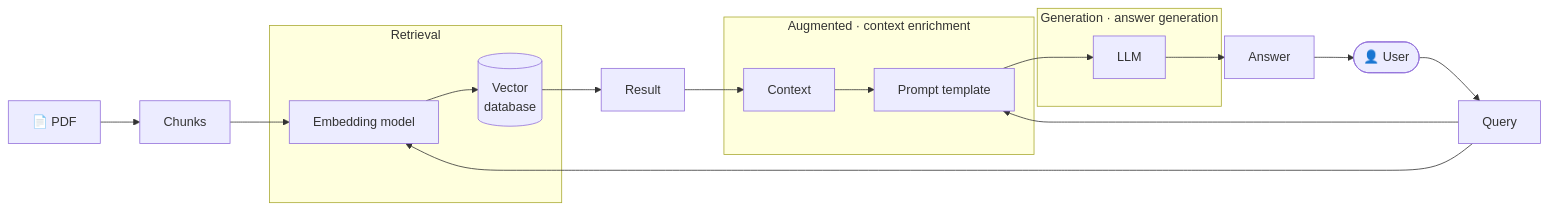
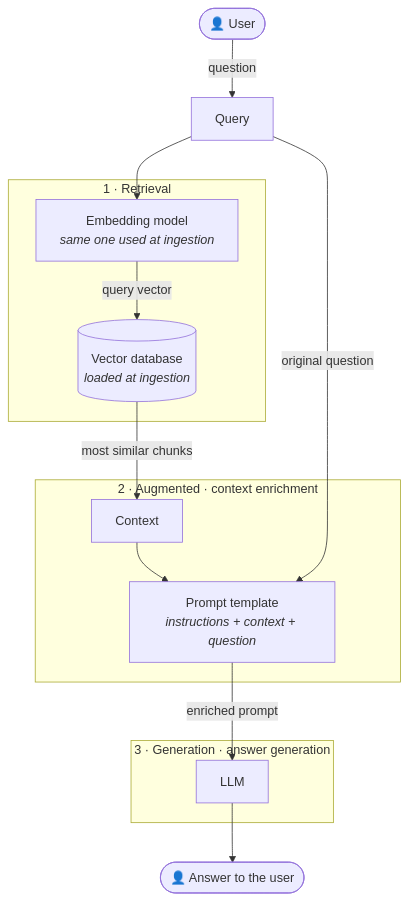
Before and after one commit to jcontrerasm/jcontrerasm.github.io: the sixth of 7 diagrams in src/content/blog/en/que-es-rag.md, drawn with Mermaid. The commit also changed other lines of this file and 3 other files, not shown here.

````diff
--- a/src/content/blog/en/que-es-rag.md
+++ b/src/content/blog/en/que-es-rag.md
@@ -129,21 +154,18 @@
 ```mermaid
-flowchart LR
-    PDF["📄 PDF"] --> CH[Chunks]
-    U(["👤 User"]) --> Q[Query]
-    subgraph R["Retrieval"]
-        EM["Embedding model"] --> DB[("Vector<br/>database")]
+flowchart TB
+    U(["👤 User"]) -->|question| Q[Query]
+    subgraph R["1 · Retrieval"]
+        EMQ["Embedding model<br/><i>same one used at ingestion</i>"] -->|query vector| DB[("Vector database<br/><i>loaded at ingestion</i>")]
     end
-    CH --> EM
-    Q --> EM
-    DB --> RES[Result]
-    subgraph A["Augmented · context enrichment"]
-        CTX[Context] --> PT["Prompt template"]
+    subgraph A["2 · Augmented · context enrichment"]
+        CTX[Context] --> PT["Prompt template<br/><i>instructions + context + question</i>"]
     end
-    RES --> CTX
-    Q --> PT
-    subgraph G["Generation · answer generation"]
+    subgraph G["3 · Generation · answer generation"]
         LLM[LLM]
     end
-    PT --> LLM
-    LLM --> ANS[Answer] --> U
+    Q --> EMQ
+    Q -->|original question| PT
+    DB -->|most similar chunks| CTX
+    PT -->|enriched prompt| LLM
+    LLM --> ANS(["👤 Answer to the user"])
 ```
````
